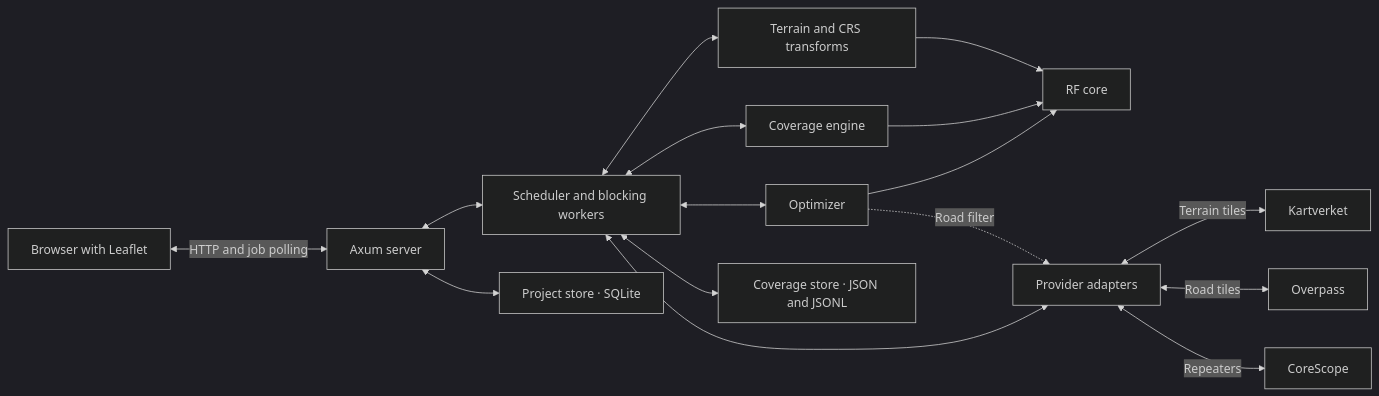
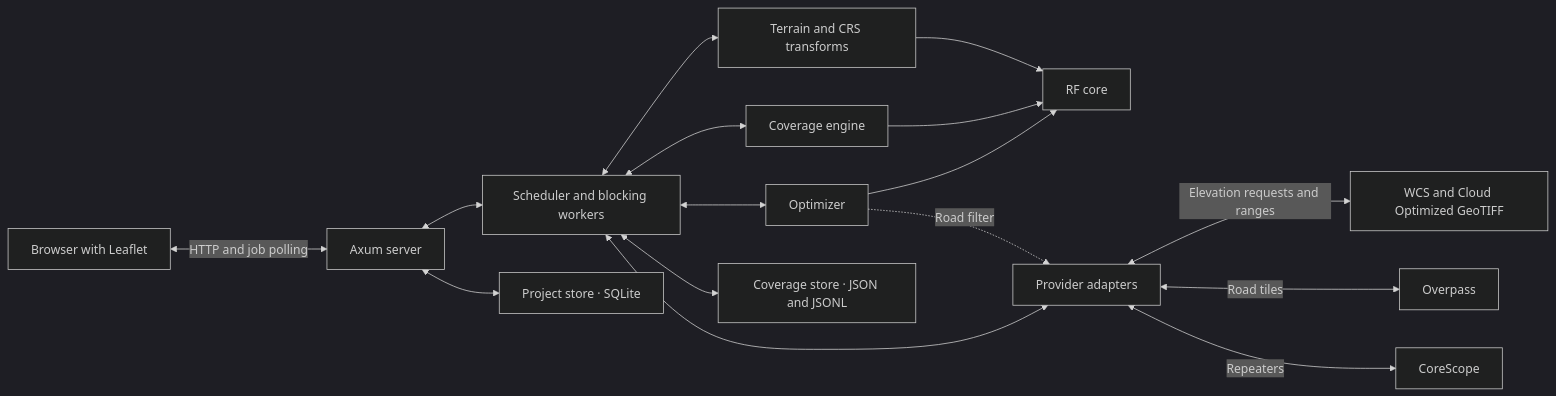
The diagram in docs/DEVELOPMENT.md (fredriknk/repeaternet), drawn with Mermaid (dark theme) before and after one commit. The commit also changed other lines of this file and 35 other files, not shown here.

````diff
--- a/docs/DEVELOPMENT.md
+++ b/docs/DEVELOPMENT.md
@@ -11,18 +10,18 @@
 ```mermaid
 flowchart LR
     Browser["Browser with Leaflet"] <-->|HTTP and job polling| Server["Axum server"]
     Server <--> Workers["Scheduler and blocking workers"]
     Workers <--> Optimizer["Optimizer"]
     Workers <--> Coverage["Coverage engine"]
     Optimizer --> RF["RF core"]
     Coverage --> RF
     Workers <--> Terrain["Terrain and CRS transforms"]
     Terrain --> RF
     Server <--> Projects["Project store · SQLite"]
     Workers <--> Runs["Coverage store · JSON and JSONL"]
     Workers <--> Providers["Provider adapters"]
     Optimizer -.->|Road filter| Providers
-    Providers <-->|Terrain tiles| Kartverket
+    Providers <-->|Elevation requests and ranges| Elevation["WCS and Cloud Optimized GeoTIFF"]
     Providers <-->|Road tiles| Overpass
     Providers <-->|Repeaters| CoreScope
 ```
````
